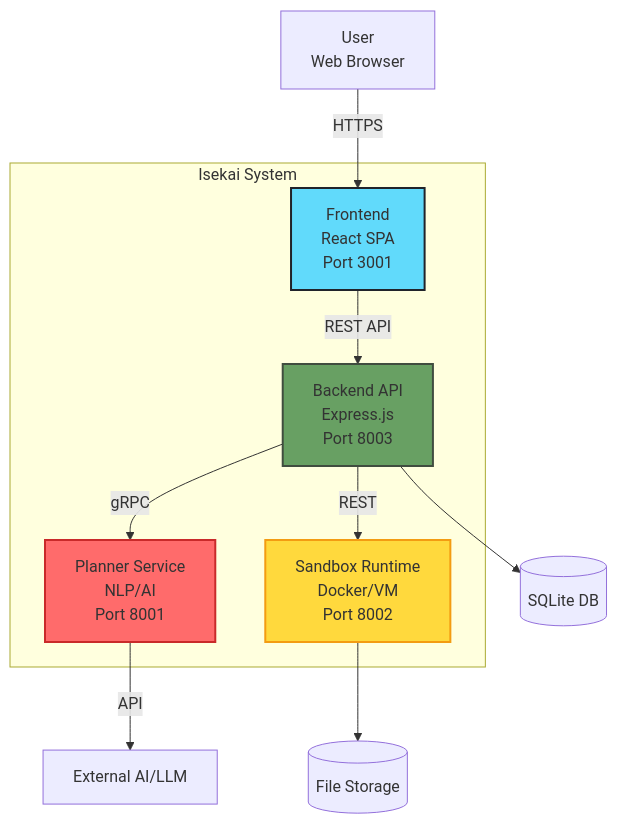
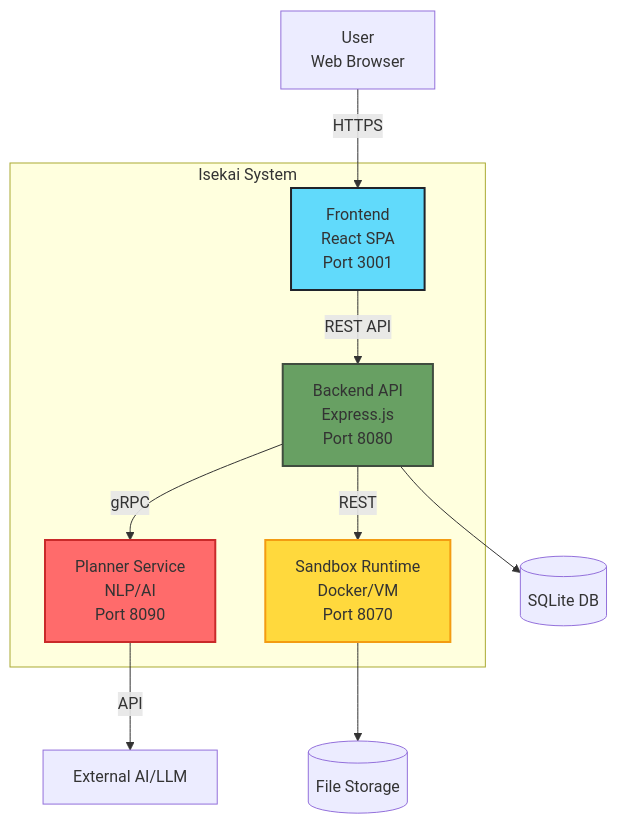
One commit to Senpai-Sama7/Isekai changed the second of 8 diagrams in README.md. Above: the diagram before and after it, drawn with Mermaid. The commit also changed other lines of this file and 29 other files, not shown here.

````diff
--- a/README.md
+++ b/README.md
@@ -197,28 +197,28 @@
 ```mermaid
 graph TB
     User[User<br/>Web Browser]
     
     subgraph Isekai System
         Frontend[Frontend<br/>React SPA<br/>Port 3001]
-        Backend[Backend API<br/>Express.js<br/>Port 8003]
-        Planner[Planner Service<br/>NLP/AI<br/>Port 8001]
-        Sandbox[Sandbox Runtime<br/>Docker/VM<br/>Port 8002]
+        Backend[Backend API<br/>Express.js<br/>Port 8080]
+        Planner[Planner Service<br/>NLP/AI<br/>Port 8090]
+        Sandbox[Sandbox Runtime<br/>Docker/VM<br/>Port 8070]
     end
     
     DB[(SQLite DB)]
     FileStore[(File Storage)]
     AI[External AI/LLM]
     
     User -->|HTTPS| Frontend
     Frontend -->|REST API| Backend
     Backend -->|gRPC| Planner
     Backend -->|REST| Sandbox
     Planner -->|API| AI
     Backend --> DB
     Sandbox --> FileStore
     
     style Frontend fill:#61dafb,stroke:#20232a,stroke-width:2px
     style Backend fill:#68a063,stroke:#404d3f,stroke-width:2px
     style Planner fill:#ff6b6b,stroke:#c92a2a,stroke-width:2px
     style Sandbox fill:#ffd93d,stroke:#f39c12,stroke-width:2px
 ```
````
